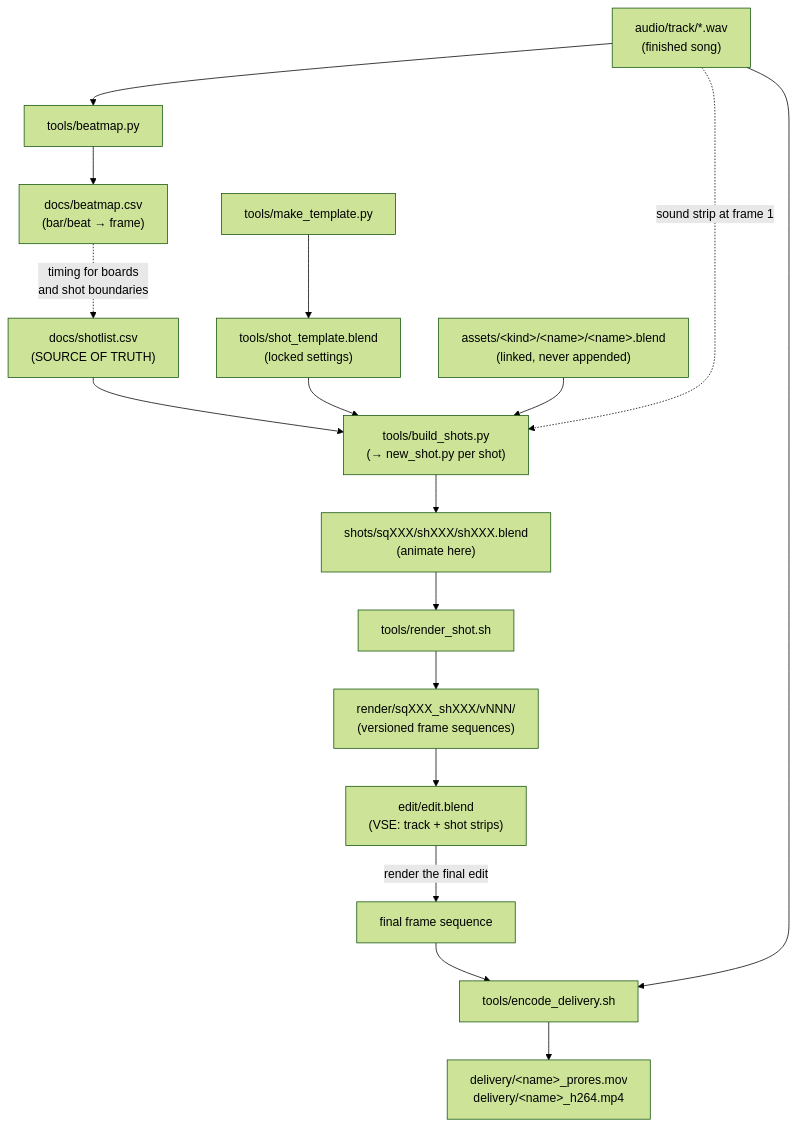
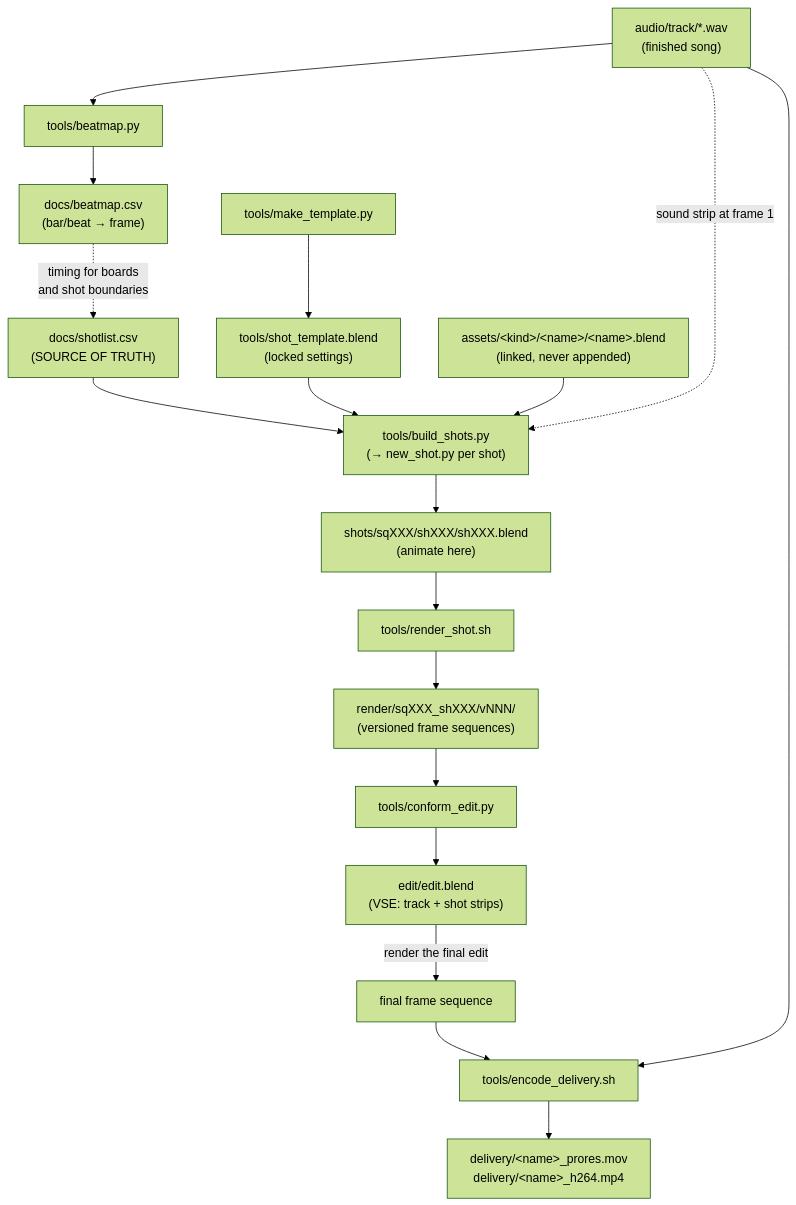
One commit to ICarpenter/redwood_video changed the diagram in docs/tools.md. Above: the diagram before and after it, drawn with Mermaid (forest theme). The commit also changed other lines of this file and 2 other files, not shown here.

First line of the commit message:
feat: conform_edit tool — build the VSE edit from rendered shots

````diff
--- a/docs/tools.md
+++ b/docs/tools.md
@@ -25,19 +25,20 @@
 ```mermaid
 flowchart TD
     track["audio/track/*.wav<br/>(finished song)"] --> beatmap["tools/beatmap.py"]
     beatmap --> bcsv["docs/beatmap.csv<br/>(bar/beat → frame)"]
     bcsv -.timing for boards<br/>and shot boundaries.-> shotlist["docs/shotlist.csv<br/>(SOURCE OF TRUTH)"]
     tmplscript["tools/make_template.py"] --> tmpl["tools/shot_template.blend<br/>(locked settings)"]
     shotlist --> build["tools/build_shots.py<br/>(→ new_shot.py per shot)"]
     tmpl --> build
     assets["assets/&lt;kind&gt;/&lt;name&gt;/&lt;name&gt;.blend<br/>(linked, never appended)"] --> build
     track -.sound strip at frame 1.-> build
     build --> shots["shots/sqXXX/shXXX/shXXX.blend<br/>(animate here)"]
     shots --> render["tools/render_shot.sh"]
     render --> frames["render/sqXXX_shXXX/vNNN/<br/>(versioned frame sequences)"]
-    frames --> edit["edit/edit.blend<br/>(VSE: track + shot strips)"]
+    frames --> conform["tools/conform_edit.py"]
+    conform --> edit["edit/edit.blend<br/>(VSE: track + shot strips)"]
     edit -->|render the final edit| final["final frame sequence"]
     final --> encode["tools/encode_delivery.sh"]
     track --> encode
     encode --> delivery["delivery/&lt;name&gt;_prores.mov<br/>delivery/&lt;name&gt;_h264.mp4"]
 ```
````
